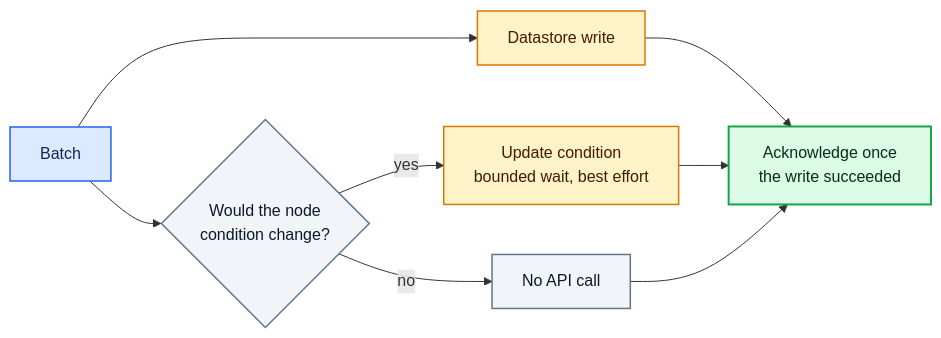
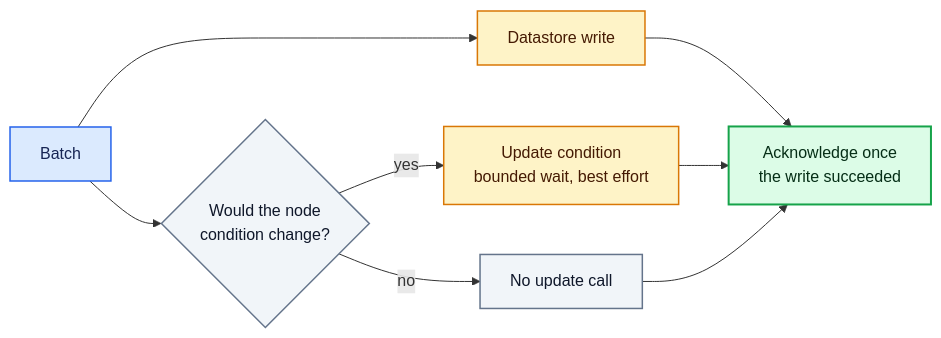
One commit to KaivalyaMDabhadkar/NVSentinel changed the third of 4 diagrams in docs/designs/052-deployment-platform-connector.md. Above: the diagram before and after it, drawn with Mermaid. The commit also changed other lines of this file, not shown here.

````diff
--- a/docs/designs/052-deployment-platform-connector.md
+++ b/docs/designs/052-deployment-platform-connector.md
@@ -196,19 +186,19 @@
 ```mermaid
 flowchart LR
     B["Batch"] --> W["Datastore write"]
     B --> Q{"Would the node<br/>condition change?"}
-    Q -- no --> SKIP["No API call"]
+    Q -- no --> SKIP["No update call"]
     Q -- yes --> UPD["Update condition<br/>bounded wait, best effort"]
     W --> ACK["Acknowledge once<br/>the write succeeded"]
     UPD --> ACK
     SKIP --> ACK
 
     classDef start fill:#DBEAFE,stroke:#2563EB,color:#172554,stroke-width:1.5px
     classDef decision fill:#F1F5F9,stroke:#64748B,color:#0F172A,stroke-width:1.5px
     classDef partial fill:#FEF3C7,stroke:#D97706,color:#451A03,stroke-width:1.5px
     classDef apply fill:#DCFCE7,stroke:#16A34A,color:#052E16,stroke-width:2px
     class B start
     class Q,SKIP decision
     class W,UPD partial
     class ACK apply
 ```
````
